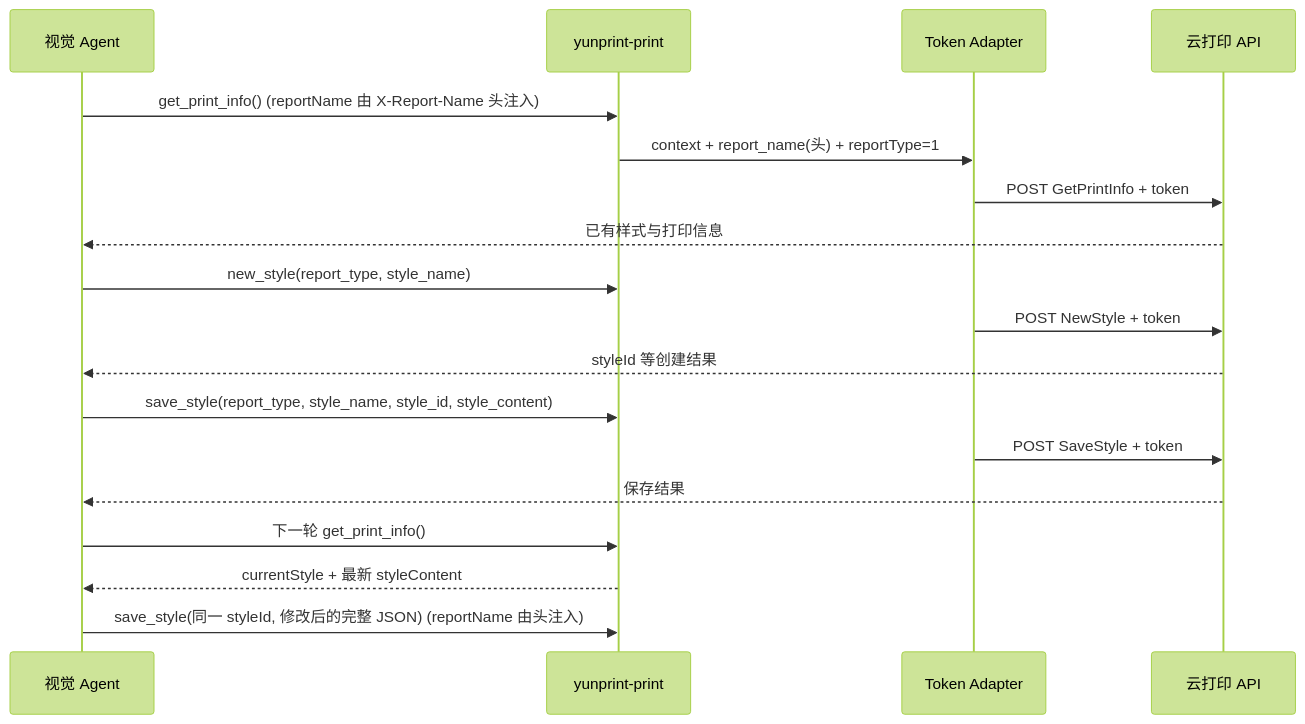
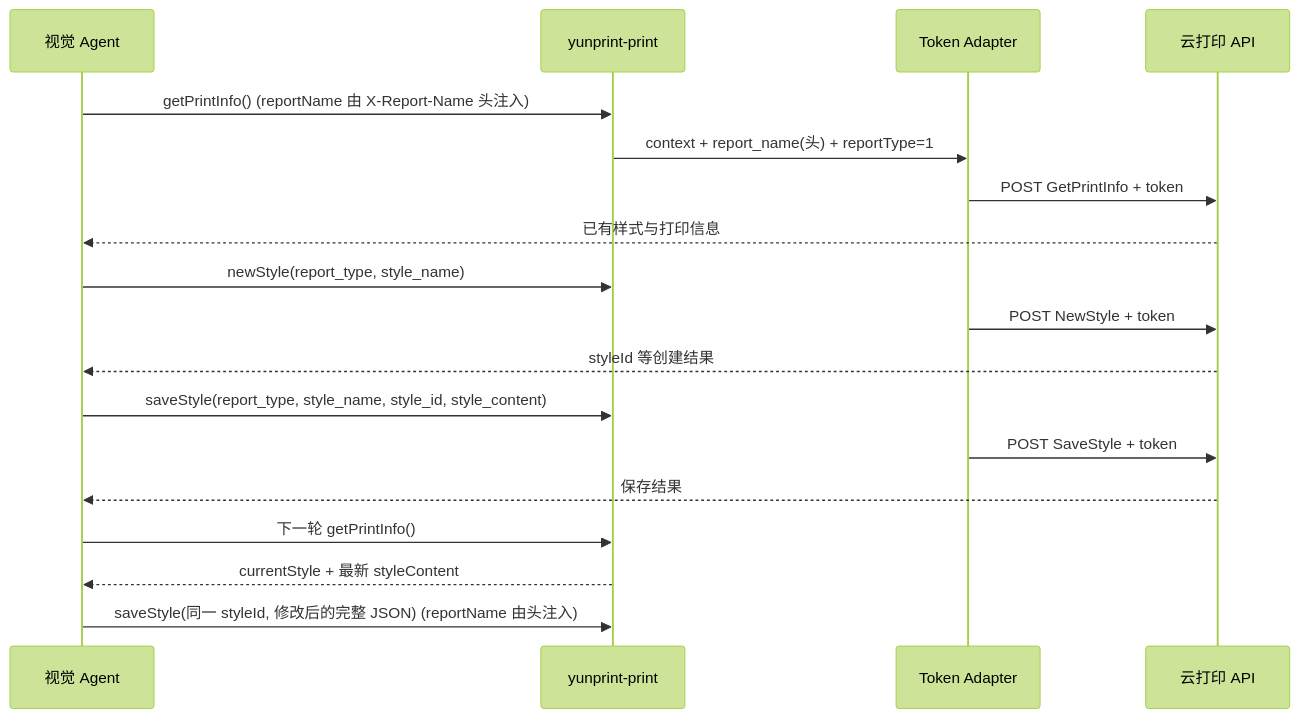
The third of 3 diagrams in architecture/architecture-diagrams.md (757607106/gjp-print-mcp), drawn with Mermaid (forest theme) before and after one commit. The commit also changed 23 other files, not shown here.

````diff
--- a/architecture/architecture-diagrams.md
+++ b/architecture/architecture-diagrams.md
@@ -39,24 +39,24 @@
 ```mermaid
 sequenceDiagram
     participant Agent as 视觉 Agent
     participant MCP as yunprint-print
     participant Adapter as Token Adapter
     participant API as 云打印 API
 
-    Agent->>MCP: get_print_info()  (reportName 由 X-Report-Name 头注入)
+    Agent->>MCP: getPrintInfo()  (reportName 由 X-Report-Name 头注入)
     MCP->>Adapter: context + report_name(头) + reportType=1
     Adapter->>API: POST GetPrintInfo + token
     API-->>Agent: 已有样式与打印信息
 
-    Agent->>MCP: new_style(report_type, style_name)
+    Agent->>MCP: newStyle(report_type, style_name)
     Adapter->>API: POST NewStyle + token
     API-->>Agent: styleId 等创建结果
 
-    Agent->>MCP: save_style(report_type, style_name, style_id, style_content)
+    Agent->>MCP: saveStyle(report_type, style_name, style_id, style_content)
     Adapter->>API: POST SaveStyle + token
     API-->>Agent: 保存结果
 
-    Agent->>MCP: 下一轮 get_print_info()
+    Agent->>MCP: 下一轮 getPrintInfo()
     MCP-->>Agent: currentStyle + 最新 styleContent
-    Agent->>MCP: save_style(同一 styleId, 修改后的完整 JSON)  (reportName 由头注入)
+    Agent->>MCP: saveStyle(同一 styleId, 修改后的完整 JSON)  (reportName 由头注入)
 ```
````
